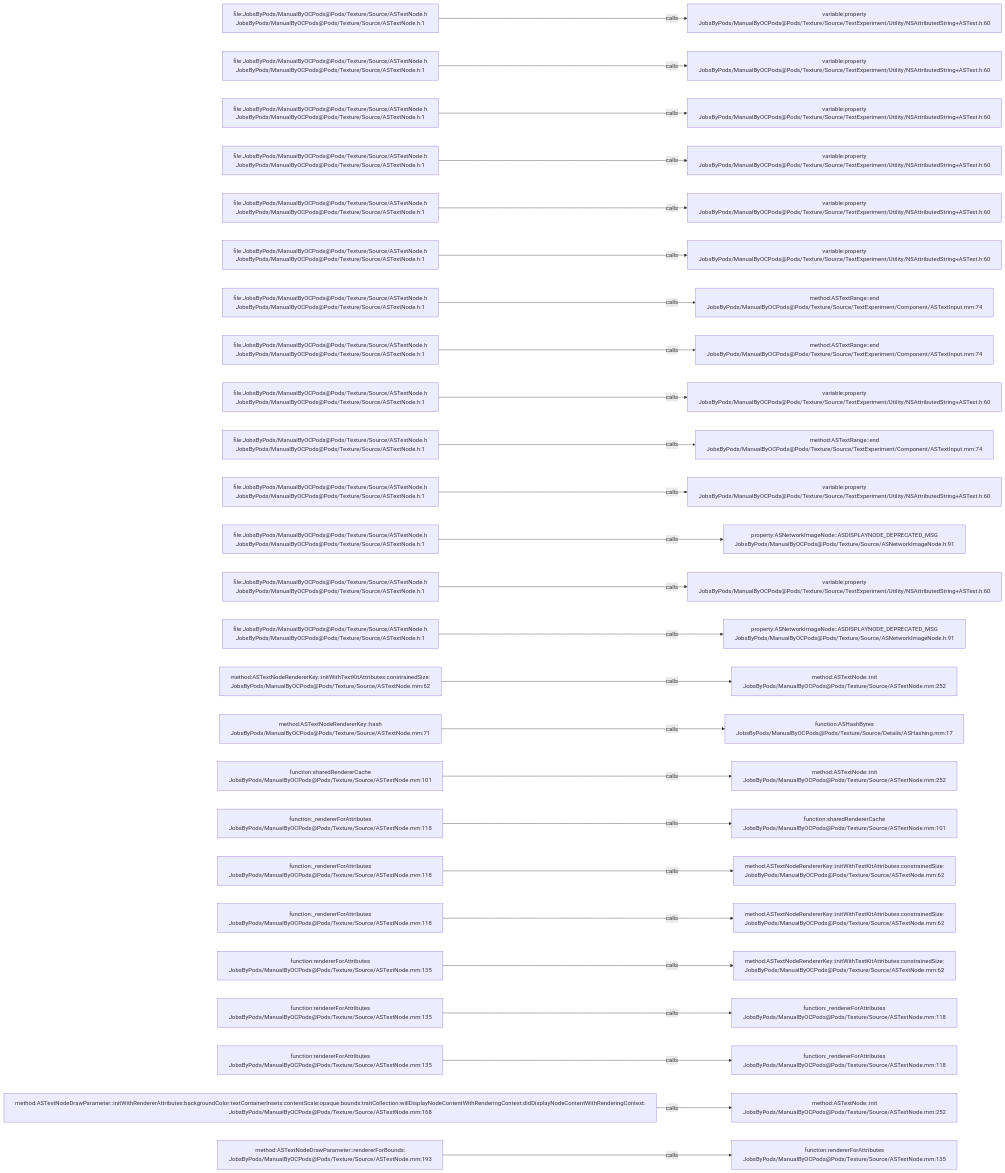
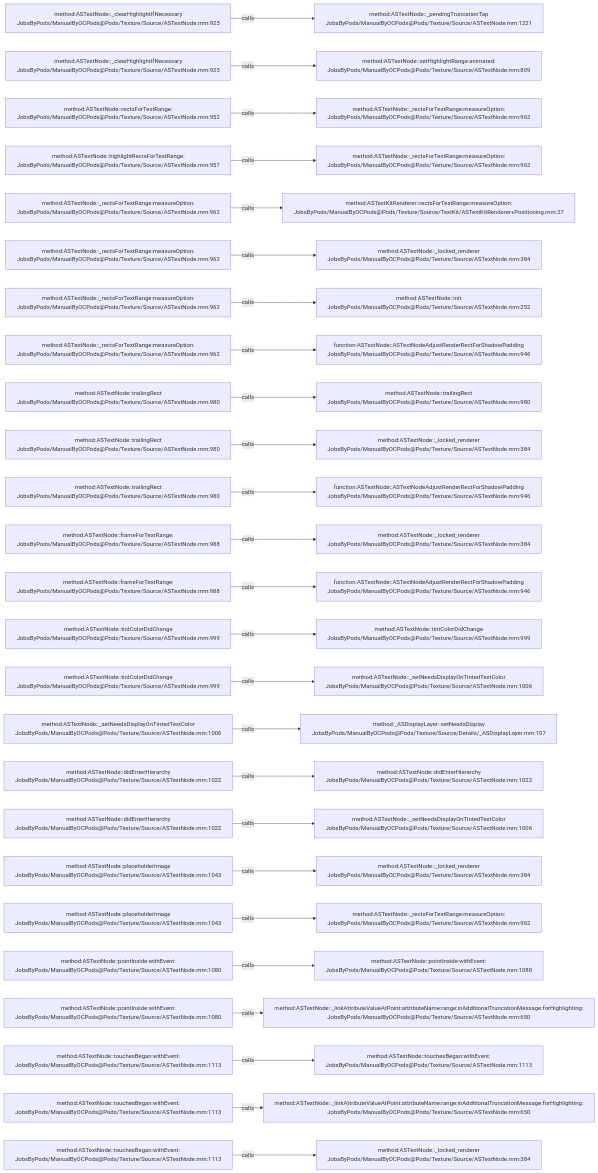
One commit to JobsKits/JobsOCBaseConfigDemo changed the diagram in .codegraph/codegraph.md/graphs/calls-134.md. Above: the diagram before and after it, drawn with Mermaid. The commit also changed 1353 other files, not shown here.

````diff
--- a/.codegraph/codegraph.md/graphs/calls-134.md
+++ b/.codegraph/codegraph.md/graphs/calls-134.md
@@ -13,78 +13,78 @@
 ```mermaid
 flowchart LR
-  S1["file:JobsByPods/ManualByOCPods@Pods/Texture/Source/ASTextNode.h<br/>JobsByPods/ManualByOCPods@Pods/Texture/Source/ASTextNode.h:1"]
-  T1["variable:property<br/>JobsByPods/ManualByOCPods@Pods/Texture/Source/TextExperiment/Utility/NSAttributedString+ASText.h:60"]
+  S1["method:ASTextNode::_clearHighlightIfNecessary<br/>JobsByPods/ManualByOCPods@Pods/Texture/Source/ASTextNode.mm:925"]
+  T1["method:ASTextNode::_pendingTruncationTap<br/>JobsByPods/ManualByOCPods@Pods/Texture/Source/ASTextNode.mm:1221"]
   S1 -->|calls| T1
-  S2["file:JobsByPods/ManualByOCPods@Pods/Texture/Source/ASTextNode.h<br/>JobsByPods/ManualByOCPods@Pods/Texture/Source/ASTextNode.h:1"]
-  T2["variable:property<br/>JobsByPods/ManualByOCPods@Pods/Texture/Source/TextExperiment/Utility/NSAttributedString+ASText.h:60"]
+  S2["method:ASTextNode::_clearHighlightIfNecessary<br/>JobsByPods/ManualByOCPods@Pods/Texture/Source/ASTextNode.mm:925"]
+  T2["method:ASTextNode::setHighlightRange:animated:<br/>JobsByPods/ManualByOCPods@Pods/Texture/Source/ASTextNode.mm:809"]
   S2 -->|calls| T2
-  S3["file:JobsByPods/ManualByOCPods@Pods/Texture/Source/ASTextNode.h<br/>JobsByPods/ManualByOCPods@Pods/Texture/Source/ASTextNode.h:1"]
-  T3["variable:property<br/>JobsByPods/ManualByOCPods@Pods/Texture/Source/TextExperiment/Utility/NSAttributedString+ASText.h:60"]
+  S3["method:ASTextNode::rectsForTextRange:<br/>JobsByPods/ManualByOCPods@Pods/Texture/Source/ASTextNode.mm:952"]
+  T3["method:ASTextNode::_rectsForTextRange:measureOption:<br/>JobsByPods/ManualByOCPods@Pods/Texture/Source/ASTextNode.mm:962"]
   S3 -->|calls| T3
-  S4["file:JobsByPods/ManualByOCPods@Pods/Texture/Source/ASTextNode.h<br/>JobsByPods/ManualByOCPods@Pods/Texture/Source/ASTextNode.h:1"]
-  T4["variable:property<br/>JobsByPods/ManualByOCPods@Pods/Texture/Source/TextExperiment/Utility/NSAttributedString+ASText.h:60"]
+  S4["method:ASTextNode::highlightRectsForTextRange:<br/>JobsByPods/ManualByOCPods@Pods/Texture/Source/ASTextNode.mm:957"]
+  T4["method:ASTextNode::_rectsForTextRange:measureOption:<br/>JobsByPods/ManualByOCPods@Pods/Texture/Source/ASTextNode.mm:962"]
   S4 -->|calls| T4
-  S5["file:JobsByPods/ManualByOCPods@Pods/Texture/Source/ASTextNode.h<br/>JobsByPods/ManualByOCPods@Pods/Texture/Source/ASTextNode.h:1"]
-  T5["variable:property<br/>JobsByPods/ManualByOCPods@Pods/Texture/Source/TextExperiment/Utility/NSAttributedString+ASText.h:60"]
+  S5["method:ASTextNode::_rectsForTextRange:measureOption:<br/>JobsByPods/ManualByOCPods@Pods/Texture/Source/ASTextNode.mm:962"]
+  T5["method:ASTextKitRenderer::rectsForTextRange:measureOption:<br/>JobsByPods/ManualByOCPods@Pods/Texture/Source/TextKit/ASTextKitRenderer+Positioning.mm:27"]
   S5 -->|calls| T5
-  S6["file:JobsByPods/ManualByOCPods@Pods/Texture/Source/ASTextNode.h<br/>JobsByPods/ManualByOCPods@Pods/Texture/Source/ASTextNode.h:1"]
-  T6["variable:property<br/>JobsByPods/ManualByOCPods@Pods/Texture/Source/TextExperiment/Utility/NSAttributedString+ASText.h:60"]
+  S6["method:ASTextNode::_rectsForTextRange:measureOption:<br/>JobsByPods/ManualByOCPods@Pods/Texture/Source/ASTextNode.mm:962"]
+  T6["method:ASTextNode::_locked_renderer<br/>JobsByPods/ManualByOCPods@Pods/Texture/Source/ASTextNode.mm:384"]
   S6 -->|calls| T6
-  S7["file:JobsByPods/ManualByOCPods@Pods/Texture/Source/ASTextNode.h<br/>JobsByPods/ManualByOCPods@Pods/Texture/Source/ASTextNode.h:1"]
-  T7["method:ASTextRange::end<br/>JobsByPods/ManualByOCPods@Pods/Texture/Source/TextExperiment/Component/ASTextInput.mm:74"]
+  S7["method:ASTextNode::_rectsForTextRange:measureOption:<br/>JobsByPods/ManualByOCPods@Pods/Texture/Source/ASTextNode.mm:962"]
+  T7["method:ASTextNode::init<br/>JobsByPods/ManualByOCPods@Pods/Texture/Source/ASTextNode.mm:252"]
   S7 -->|calls| T7
-  S8["file:JobsByPods/ManualByOCPods@Pods/Texture/Source/ASTextNode.h<br/>JobsByPods/ManualByOCPods@Pods/Texture/Source/ASTextNode.h:1"]
-  T8["method:ASTextRange::end<br/>JobsByPods/ManualByOCPods@Pods/Texture/Source/TextExperiment/Component/ASTextInput.mm:74"]
+  S8["method:ASTextNode::_rectsForTextRange:measureOption:<br/>JobsByPods/ManualByOCPods@Pods/Texture/Source/ASTextNode.mm:962"]
+  T8["function:ASTextNode::ASTextNodeAdjustRenderRectForShadowPadding<br/>JobsByPods/ManualByOCPods@Pods/Texture/Source/ASTextNode.mm:946"]
   S8 -->|calls| T8
-  S9["file:JobsByPods/ManualByOCPods@Pods/Texture/Source/ASTextNode.h<br/>JobsByPods/ManualByOCPods@Pods/Texture/Source/ASTextNode.h:1"]
-  T9["variable:property<br/>JobsByPods/ManualByOCPods@Pods/Texture/Source/TextExperiment/Utility/NSAttributedString+ASText.h:60"]
+  S9["method:ASTextNode::trailingRect<br/>JobsByPods/ManualByOCPods@Pods/Texture/Source/ASTextNode.mm:980"]
+  T9["method:ASTextNode::trailingRect<br/>JobsByPods/ManualByOCPods@Pods/Texture/Source/ASTextNode.mm:980"]
   S9 -->|calls| T9
-  S10["file:JobsByPods/ManualByOCPods@Pods/Texture/Source/ASTextNode.h<br/>JobsByPods/ManualByOCPods@Pods/Texture/Source/ASTextNode.h:1"]
-  T10["method:ASTextRange::end<br/>JobsByPods/ManualByOCPods@Pods/Texture/Source/TextExperiment/Component/ASTextInput.mm:74"]
+  S10["method:ASTextNode::trailingRect<br/>JobsByPods/ManualByOCPods@Pods/Texture/Source/ASTextNode.mm:980"]
+  T10["method:ASTextNode::_locked_renderer<br/>JobsByPods/ManualByOCPods@Pods/Texture/Source/ASTextNode.mm:384"]
   S10 -->|calls| T10
-  S11["file:JobsByPods/ManualByOCPods@Pods/Texture/Source/ASTextNode.h<br/>JobsByPods/ManualByOCPods@Pods/Texture/Source/ASTextNode.h:1"]
-  T11["variable:property<br/>JobsByPods/ManualByOCPods@Pods/Texture/Source/TextExperiment/Utility/NSAttributedString+ASText.h:60"]
+  S11["method:ASTextNode::trailingRect<br/>JobsByPods/ManualByOCPods@Pods/Texture/Source/ASTextNode.mm:980"]
+  T11["function:ASTextNode::ASTextNodeAdjustRenderRectForShadowPadding<br/>JobsByPods/ManualByOCPods@Pods/Texture/Source/ASTextNode.mm:946"]
   S11 -->|calls| T11
-  S12["file:JobsByPods/ManualByOCPods@Pods/Texture/Source/ASTextNode.h<br/>JobsByPods/ManualByOCPods@Pods/Texture/Source/ASTextNode.h:1"]
-  T12["property:ASNetworkImageNode::ASDISPLAYNODE_DEPRECATED_MSG<br/>JobsByPods/ManualByOCPods@Pods/Texture/Source/ASNetworkImageNode.h:91"]
+  S12["method:ASTextNode::frameForTextRange:<br/>JobsByPods/ManualByOCPods@Pods/Texture/Source/ASTextNode.mm:988"]
+  T12["method:ASTextNode::_locked_renderer<br/>JobsByPods/ManualByOCPods@Pods/Texture/Source/ASTextNode.mm:384"]
   S12 -->|calls| T12
-  S13["file:JobsByPods/ManualByOCPods@Pods/Texture/Source/ASTextNode.h<br/>JobsByPods/ManualByOCPods@Pods/Texture/Source/ASTextNode.h:1"]
-  T13["variable:property<br/>JobsByPods/ManualByOCPods@Pods/Texture/Source/TextExperiment/Utility/NSAttributedString+ASText.h:60"]
+  S13["method:ASTextNode::frameForTextRange:<br/>JobsByPods/ManualByOCPods@Pods/Texture/Source/ASTextNode.mm:988"]
+  T13["function:ASTextNode::ASTextNodeAdjustRenderRectForShadowPadding<br/>JobsByPods/ManualByOCPods@Pods/Texture/Source/ASTextNode.mm:946"]
   S13 -->|calls| T13
-  S14["file:JobsByPods/ManualByOCPods@Pods/Texture/Source/ASTextNode.h<br/>JobsByPods/ManualByOCPods@Pods/Texture/Source/ASTextNode.h:1"]
-  T14["property:ASNetworkImageNode::ASDISPLAYNODE_DEPRECATED_MSG<br/>JobsByPods/ManualByOCPods@Pods/Texture/Source/ASNetworkImageNode.h:91"]
+  S14["method:ASTextNode::tintColorDidChange<br/>JobsByPods/ManualByOCPods@Pods/Texture/Source/ASTextNode.mm:999"]
+  T14["method:ASTextNode::tintColorDidChange<br/>JobsByPods/ManualByOCPods@Pods/Texture/Source/ASTextNode.mm:999"]
   S14 -->|calls| T14
-  S15["method:ASTextNodeRendererKey::initWithTextKitAttributes:constrainedSize:<br/>JobsByPods/ManualByOCPods@Pods/Texture/Source/ASTextNode.mm:62"]
-  T15["method:ASTextNode::init<br/>JobsByPods/ManualByOCPods@Pods/Texture/Source/ASTextNode.mm:252"]
+  S15["method:ASTextNode::tintColorDidChange<br/>JobsByPods/ManualByOCPods@Pods/Texture/Source/ASTextNode.mm:999"]
+  T15["method:ASTextNode::_setNeedsDisplayOnTintedTextColor<br/>JobsByPods/ManualByOCPods@Pods/Texture/Source/ASTextNode.mm:1006"]
   S15 -->|calls| T15
-  S16["method:ASTextNodeRendererKey::hash<br/>JobsByPods/ManualByOCPods@Pods/Texture/Source/ASTextNode.mm:71"]
-  T16["function:ASHashBytes<br/>JobsByPods/ManualByOCPods@Pods/Texture/Source/Details/ASHashing.mm:17"]
+  S16["method:ASTextNode::_setNeedsDisplayOnTintedTextColor<br/>JobsByPods/ManualByOCPods@Pods/Texture/Source/ASTextNode.mm:1006"]
+  T16["method:_ASDisplayLayer::setNeedsDisplay<br/>JobsByPods/ManualByOCPods@Pods/Texture/Source/Details/_ASDisplayLayer.mm:107"]
   S16 -->|calls| T16
-  S17["function:sharedRendererCache<br/>JobsByPods/ManualByOCPods@Pods/Texture/Source/ASTextNode.mm:101"]
-  T17["method:ASTextNode::init<br/>JobsByPods/ManualByOCPods@Pods/Texture/Source/ASTextNode.mm:252"]
+  S17["method:ASTextNode::didEnterHierarchy<br/>JobsByPods/ManualByOCPods@Pods/Texture/Source/ASTextNode.mm:1022"]
+  T17["method:ASTextNode::didEnterHierarchy<br/>JobsByPods/ManualByOCPods@Pods/Texture/Source/ASTextNode.mm:1022"]
   S17 -->|calls| T17
-  S18["function:_rendererForAttributes<br/>JobsByPods/ManualByOCPods@Pods/Texture/Source/ASTextNode.mm:118"]
-  T18["function:sharedRendererCache<br/>JobsByPods/ManualByOCPods@Pods/Texture/Source/ASTextNode.mm:101"]
+  S18["method:ASTextNode::didEnterHierarchy<br/>JobsByPods/ManualByOCPods@Pods/Texture/Source/ASTextNode.mm:1022"]
+  T18["method:ASTextNode::_setNeedsDisplayOnTintedTextColor<br/>JobsByPods/ManualByOCPods@Pods/Texture/Source/ASTextNode.mm:1006"]
   S18 -->|calls| T18
-  S19["function:_rendererForAttributes<br/>JobsByPods/ManualByOCPods@Pods/Texture/Source/ASTextNode.mm:118"]
-  T19["method:ASTextNodeRendererKey::initWithTextKitAttributes:constrainedSize:<br/>JobsByPods/ManualByOCPods@Pods/Texture/Source/ASTextNode.mm:62"]
+  S19["method:ASTextNode::placeholderImage<br/>JobsByPods/ManualByOCPods@Pods/Texture/Source/ASTextNode.mm:1043"]
+  T19["method:ASTextNode::_locked_renderer<br/>JobsByPods/ManualByOCPods@Pods/Texture/Source/ASTextNode.mm:384"]
   S19 -->|calls| T19
-  S20["function:_rendererForAttributes<br/>JobsByPods/ManualByOCPods@Pods/Texture/Source/ASTextNode.mm:118"]
-  T20["method:ASTextNodeRendererKey::initWithTextKitAttributes:constrainedSize:<br/>JobsByPods/ManualByOCPods@Pods/Texture/Source/ASTextNode.mm:62"]
+  S20["method:ASTextNode::placeholderImage<br/>JobsByPods/ManualByOCPods@Pods/Texture/Source/ASTextNode.mm:1043"]
+  T20["method:ASTextNode::_rectsForTextRange:measureOption:<br/>JobsByPods/ManualByOCPods@Pods/Texture/Source/ASTextNode.mm:962"]
   S20 -->|calls| T20
-  S21["function:rendererForAttributes<br/>JobsByPods/ManualByOCPods@Pods/Texture/Source/ASTextNode.mm:135"]
-  T21["method:ASTextNodeRendererKey::initWithTextKitAttributes:constrainedSize:<br/>JobsByPods/ManualByOCPods@Pods/Texture/Source/ASTextNode.mm:62"]
+  S21["method:ASTextNode::pointInside:withEvent:<br/>JobsByPods/ManualByOCPods@Pods/Texture/Source/ASTextNode.mm:1080"]
+  T21["method:ASTextNode::pointInside:withEvent:<br/>JobsByPods/ManualByOCPods@Pods/Texture/Source/ASTextNode.mm:1080"]
   S21 -->|calls| T21
-  S22["function:rendererForAttributes<br/>JobsByPods/ManualByOCPods@Pods/Texture/Source/ASTextNode.mm:135"]
-  T22["function:_rendererForAttributes<br/>JobsByPods/ManualByOCPods@Pods/Texture/Source/ASTextNode.mm:118"]
+  S22["method:ASTextNode::pointInside:withEvent:<br/>JobsByPods/ManualByOCPods@Pods/Texture/Source/ASTextNode.mm:1080"]
+  T22["method:ASTextNode::_linkAttributeValueAtPoint:attributeName:range:inAdditionalTruncationMessage:forHighlighting:<br/>JobsByPods/ManualByOCPods@Pods/Texture/Source/ASTextNode.mm:650"]
   S22 -->|calls| T22
-  S23["function:rendererForAttributes<br/>JobsByPods/ManualByOCPods@Pods/Texture/Source/ASTextNode.mm:135"]
-  T23["function:_rendererForAttributes<br/>JobsByPods/ManualByOCPods@Pods/Texture/Source/ASTextNode.mm:118"]
+  S23["method:ASTextNode::touchesBegan:withEvent:<br/>JobsByPods/ManualByOCPods@Pods/Texture/Source/ASTextNode.mm:1113"]
+  T23["method:ASTextNode::touchesBegan:withEvent:<br/>JobsByPods/ManualByOCPods@Pods/Texture/Source/ASTextNode.mm:1113"]
   S23 -->|calls| T23
-  S24["method:ASTextNodeDrawParameter::initWithRendererAttributes:backgroundColor:textContainerInsets:contentScale:opaque:bounds:traitCollection:willDisplayNodeContentWithRenderingContext:didDisplayNodeContentWithRenderingContext:<br/>JobsByPods/ManualByOCPods@Pods/Texture/Source/ASTextNode.mm:168"]
-  T24["method:ASTextNode::init<br/>JobsByPods/ManualByOCPods@Pods/Texture/Source/ASTextNode.mm:252"]
+  S24["method:ASTextNode::touchesBegan:withEvent:<br/>JobsByPods/ManualByOCPods@Pods/Texture/Source/ASTextNode.mm:1113"]
+  T24["method:ASTextNode::_linkAttributeValueAtPoint:attributeName:range:inAdditionalTruncationMessage:forHighlighting:<br/>JobsByPods/ManualByOCPods@Pods/Texture/Source/ASTextNode.mm:650"]
   S24 -->|calls| T24
-  S25["method:ASTextNodeDrawParameter::rendererForBounds:<br/>JobsByPods/ManualByOCPods@Pods/Texture/Source/ASTextNode.mm:193"]
-  T25["function:rendererForAttributes<br/>JobsByPods/ManualByOCPods@Pods/Texture/Source/ASTextNode.mm:135"]
+  S25["method:ASTextNode::touchesBegan:withEvent:<br/>JobsByPods/ManualByOCPods@Pods/Texture/Source/ASTextNode.mm:1113"]
+  T25["method:ASTextNode::_locked_renderer<br/>JobsByPods/ManualByOCPods@Pods/Texture/Source/ASTextNode.mm:384"]
   S25 -->|calls| T25
 ```
````
